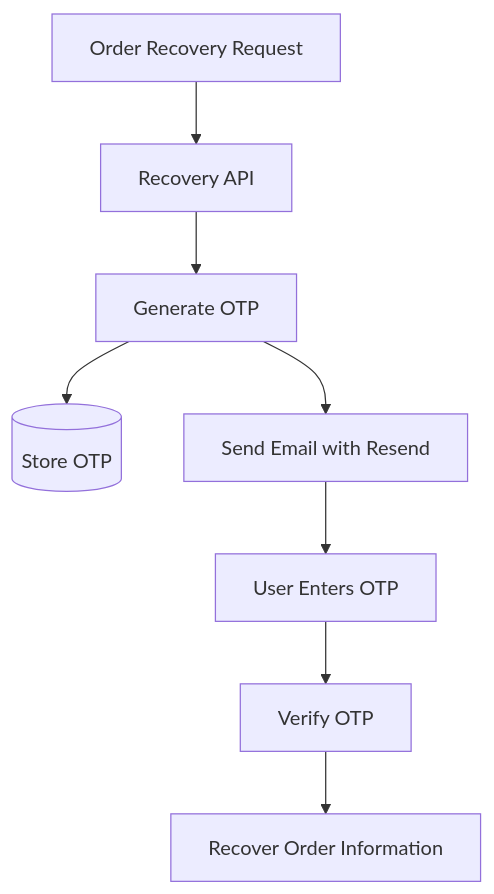
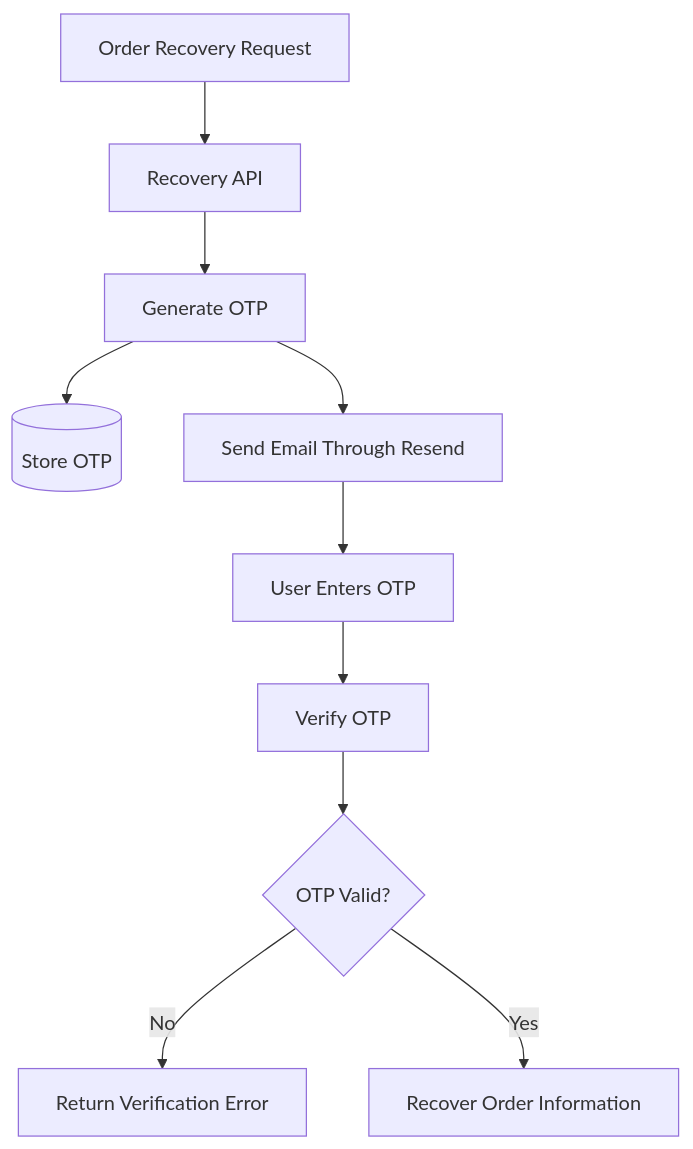
Before and after one commit to imammularif/topupku: the sixth of 8 diagrams in README.md, drawn with Mermaid. The commit also changed other lines of this file, not shown here.

````diff
--- a/README.md
+++ b/README.md
@@ -360,10 +410,12 @@
 ```mermaid
 flowchart TD
     A["Order Recovery Request"] --> B["Recovery API"]
     B --> C["Generate OTP"]
     C --> D[("Store OTP")]
-    C --> E["Send Email with Resend"]
+    C --> E["Send Email Through Resend"]
     E --> F["User Enters OTP"]
     F --> G["Verify OTP"]
-    G --> H["Recover Order Information"]
+    G --> H{"OTP Valid?"}
+    H -->|No| I["Return Verification Error"]
+    H -->|Yes| J["Recover Order Information"]
 ```
````
